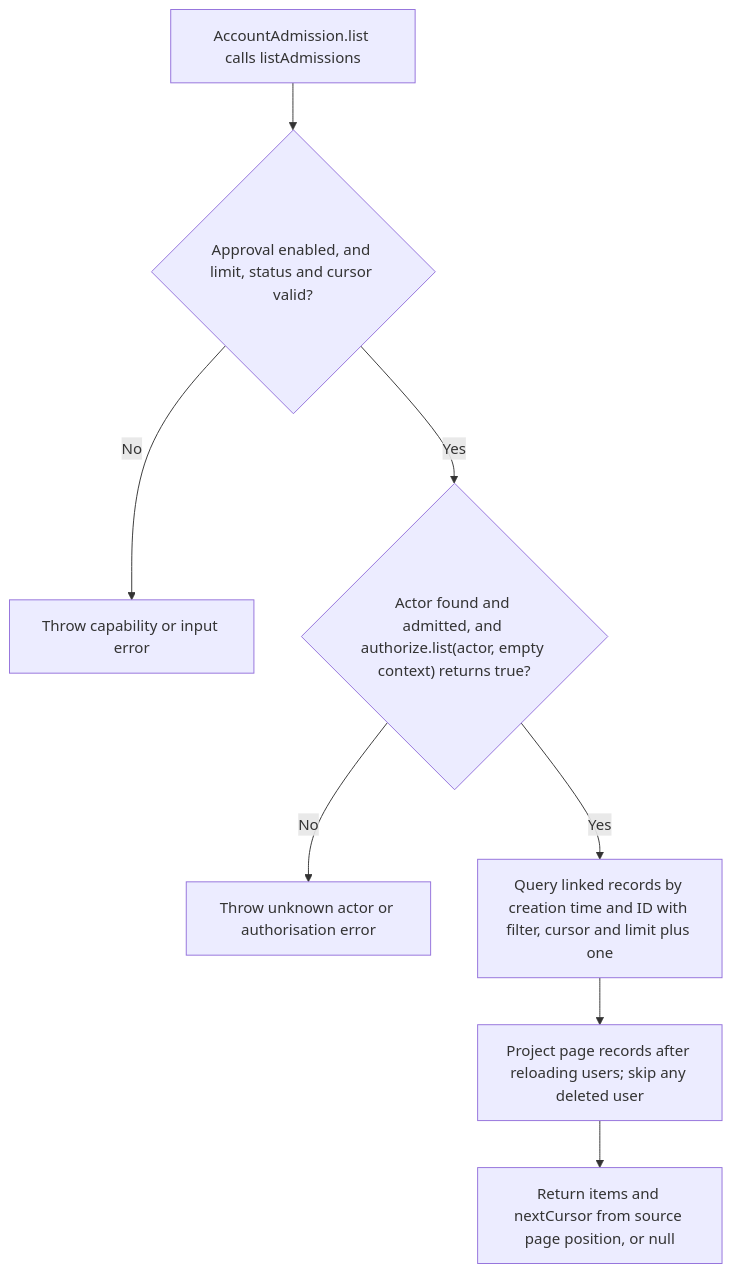
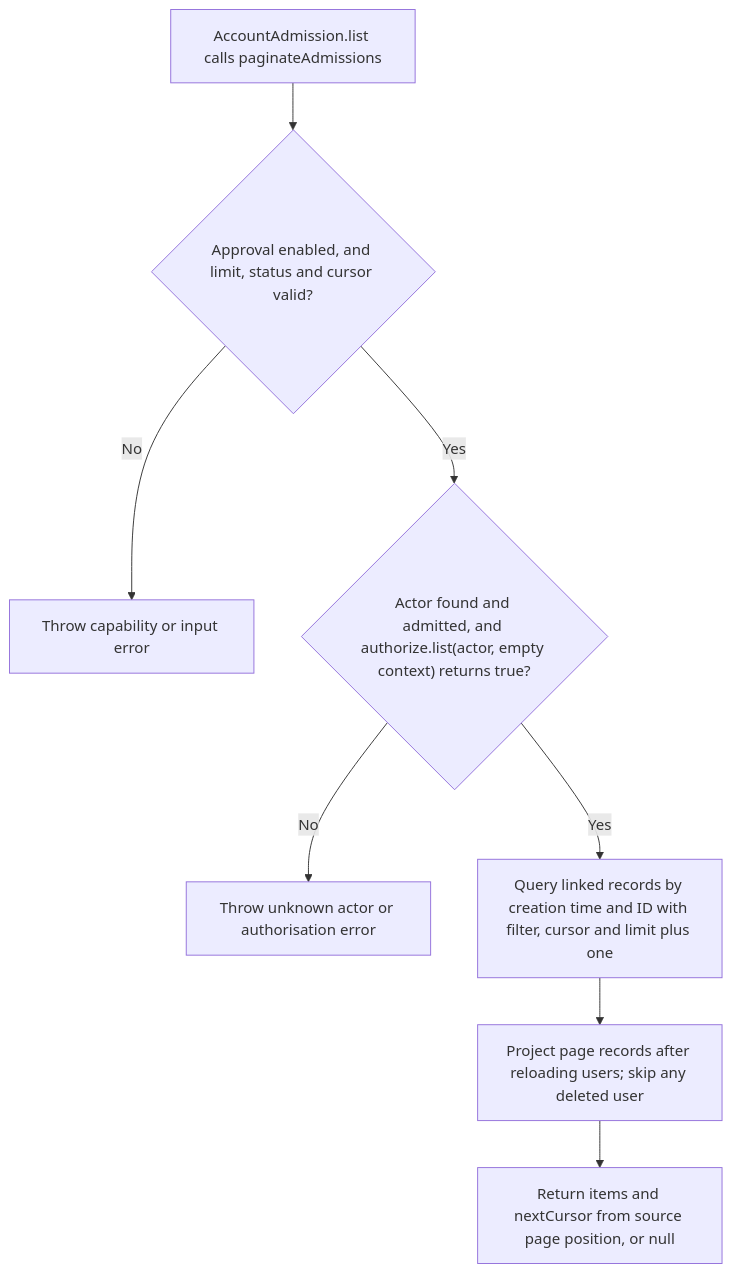
Before and after one commit to Kevinjohn/oss-adonisjs-account-kit: the second of 2 diagrams in user-stories/US-ACCOUNT-45-list-admission-records.md, drawn with Mermaid. The commit also changed other lines of this file and 29 other files, not shown here.

````diff
--- a/user-stories/US-ACCOUNT-45-list-admission-records.md
+++ b/user-stories/US-ACCOUNT-45-list-admission-records.md
@@ -39,10 +39,10 @@
 ```mermaid
 flowchart TD
- A["AccountAdmission.list calls listAdmissions"] --> B{"Approval enabled, and limit, status and cursor valid?"}
+ A["AccountAdmission.list calls paginateAdmissions"] --> B{"Approval enabled, and limit, status and cursor valid?"}
  B -->|No| E["Throw capability or input error"]
  B -->|Yes| C{"Actor found and admitted, and authorize.list(actor, empty context) returns true?"}
  C -->|No| H["Throw unknown actor or authorisation error"]
  C -->|Yes| F["Query linked records by creation time and ID with filter, cursor and limit plus one"]
  F --> I["Project page records after reloading users; skip any deleted user"]
  I --> G["Return items and nextCursor from source page position, or null"]
 ```
````
